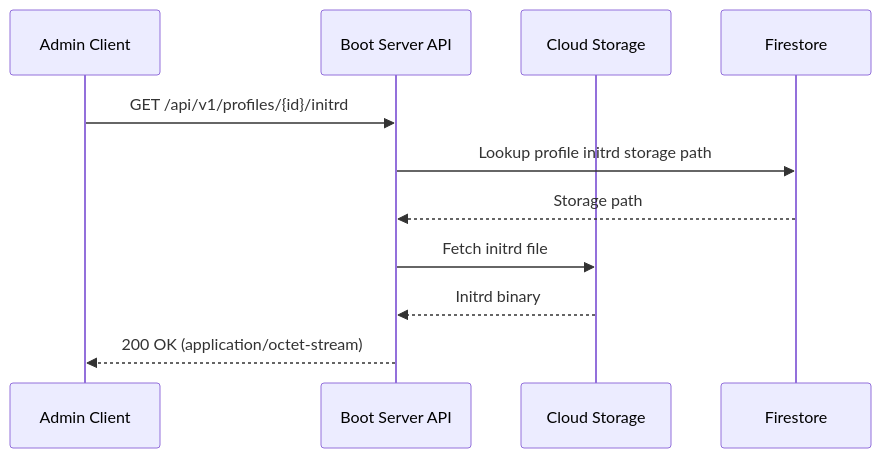
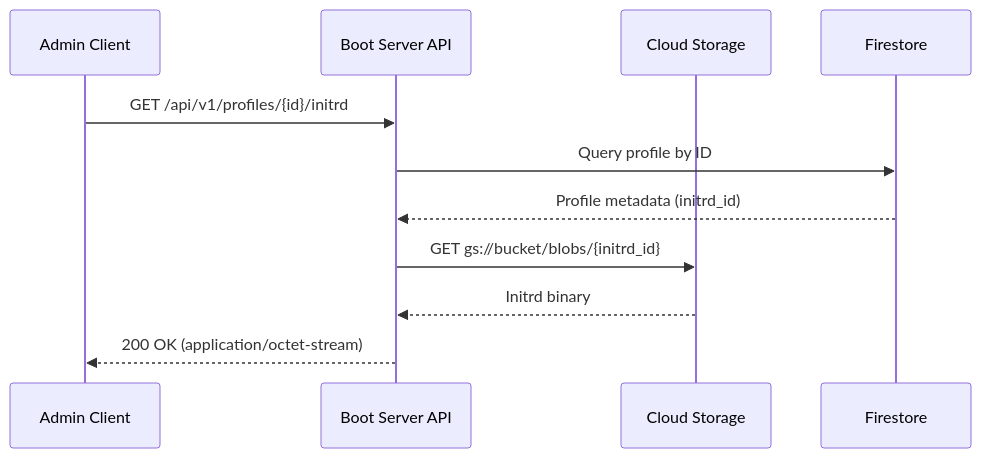
The fifth of 12 diagrams in docs/content/r&d/services/boot/admin-api.md (Zaba505/infra), drawn with Mermaid before and after one commit. The commit also changed other lines of this file, not shown here.

Commit message:
docs(issue-605): clarify blob storage

````diff
--- a/docs/content/r&d/services/boot/admin-api.md
+++ b/docs/content/r&d/services/boot/admin-api.md
@@ -306,14 +334,14 @@
 ```mermaid
 sequenceDiagram
     participant Client as Admin Client
     participant API as Boot Server API
     participant Storage as Cloud Storage
     participant DB as Firestore
     
     Client->>API: GET /api/v1/profiles/{id}/initrd
-    API->>DB: Lookup profile initrd storage path
-    DB-->>API: Storage path
-    API->>Storage: Fetch initrd file
+    API->>DB: Query profile by ID
+    DB-->>API: Profile metadata (initrd_id)
+    API->>Storage: GET gs://bucket/blobs/{initrd_id}
     Storage-->>API: Initrd binary
     API-->>Client: 200 OK (application/octet-stream)
 ```
````
